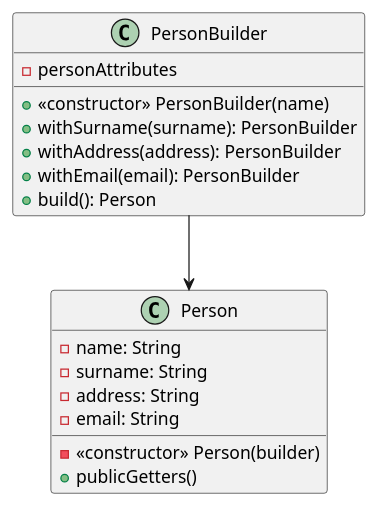
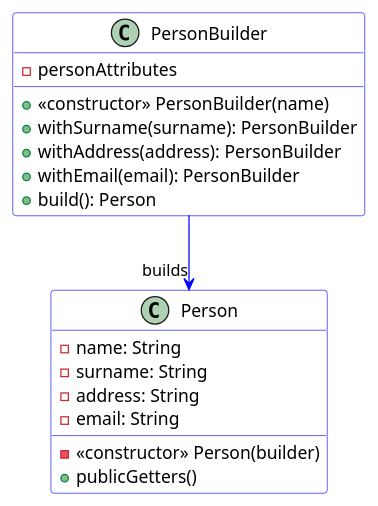
Before and after one commit to paguerre3/creational-patterns: the diagram in cp-samples/src/cp/samples/builder/_builder-simplified-diagram.iuml, drawn with PlantUML. The commit also changed 2 other files, not shown here.

```diff
--- a/cp-samples/src/cp/samples/builder/_builder-simplified-diagram.iuml
+++ b/cp-samples/src/cp/samples/builder/_builder-simplified-diagram.iuml
@@ -1,21 +1,28 @@
 @startuml
+skinparam class {
+BackgroundColor White
+ArrowColor Blue
+BorderColor Blue
+}
+skinparam stereotypeCBackgroundColor White
+skinparam stereotypeABackgroundColor White
 class PersonBuilder {
     -personAttributes
     +<<constructor>> PersonBuilder(name)
     +withSurname(surname): PersonBuilder
     +withAddress(address): PersonBuilder
     +withEmail(email): PersonBuilder
     +build(): Person
 }
 
 class Person {
     -name: String
     -surname: String
     -address: String
     -email: String
     -<<constructor>> Person(builder)
     +publicGetters()
 }
 
-PersonBuilder --> Person
+PersonBuilder --> "builds" Person
 @enduml
```
